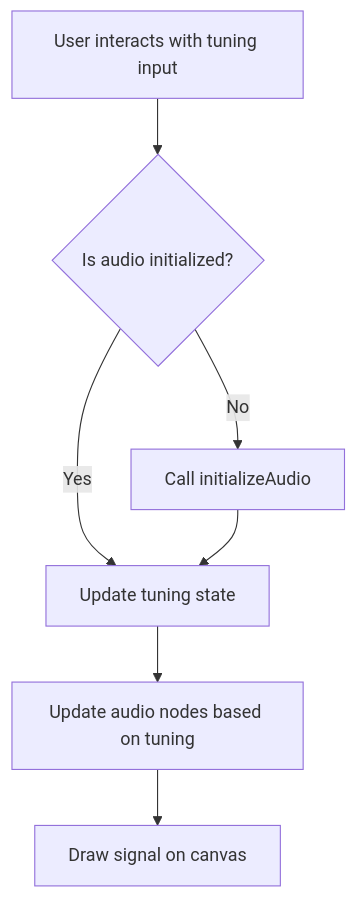
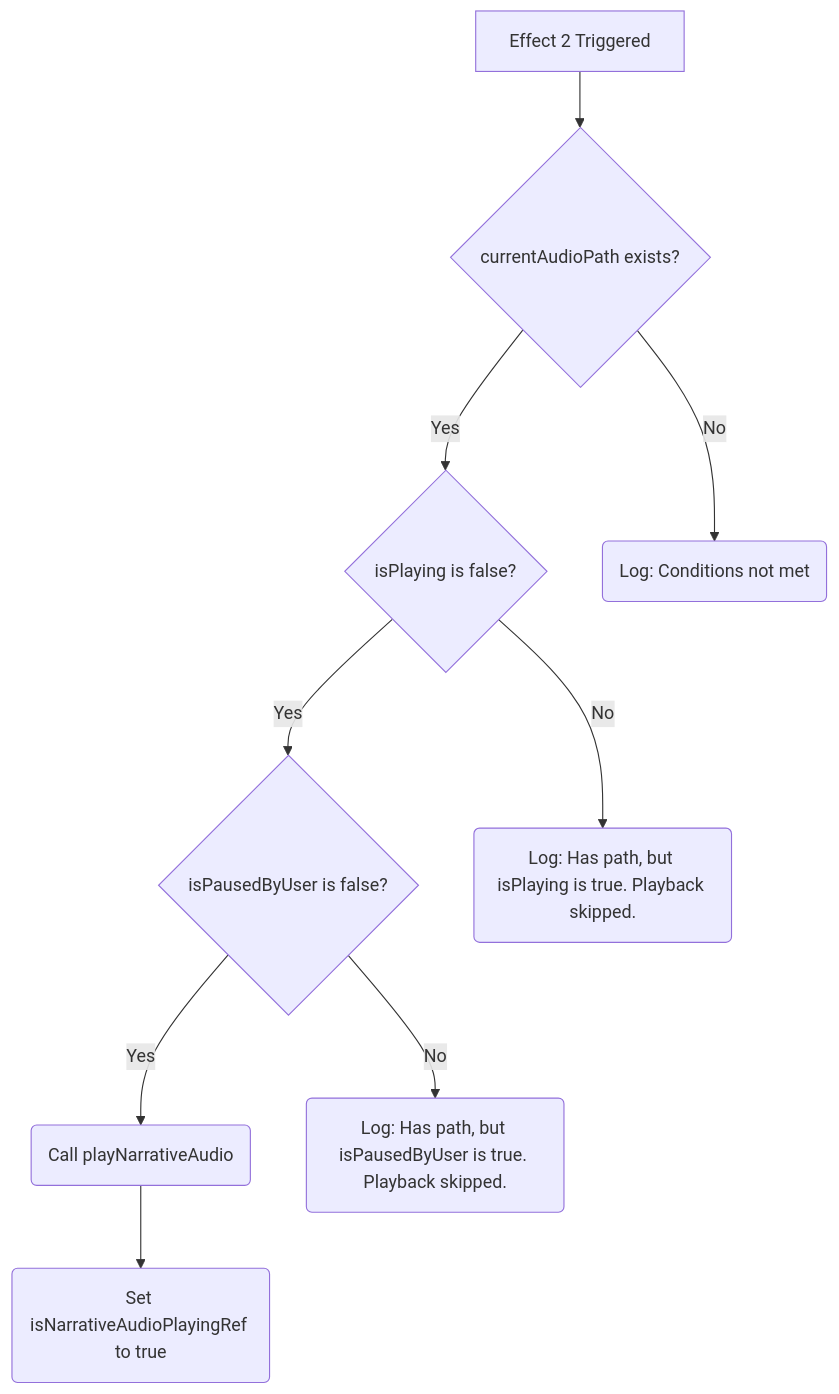
The diagram in audio-autoplay-fix-plan.md (elsinore24/digitalhorizon2.3), drawn with Mermaid before and after one commit. The commit also changed other lines of this file and 1 other file, not shown here.

````diff
--- a/audio-autoplay-fix-plan.md
+++ b/audio-autoplay-fix-plan.md
@@ -12,9 +34,11 @@
 ```mermaid
 graph TD
-    A[User interacts with tuning input] --> B{Is audio initialized?};
-    B -- Yes --> C[Update tuning state];
-    B -- No --> D[Call initializeAudio];
-    D --> C;
-    C --> E[Update audio nodes based on tuning];
-    E --> F[Draw signal on canvas];
+    A[Effect 2 Triggered] --> B{currentAudioPath exists?};
+    B -- Yes --> C{isPlaying is false?};
+    B -- No --> F(Log: Conditions not met);
+    C -- Yes --> D{isPausedByUser is false?};
+    C -- No --> E(Log: Has path, but isPlaying is true. Playback skipped.);
+    D -- Yes --> G(Call playNarrativeAudio);
+    D -- No --> H(Log: Has path, but isPausedByUser is true. Playback skipped.);
+    G --> I(Set isNarrativeAudioPlayingRef to true);
 ```
````
